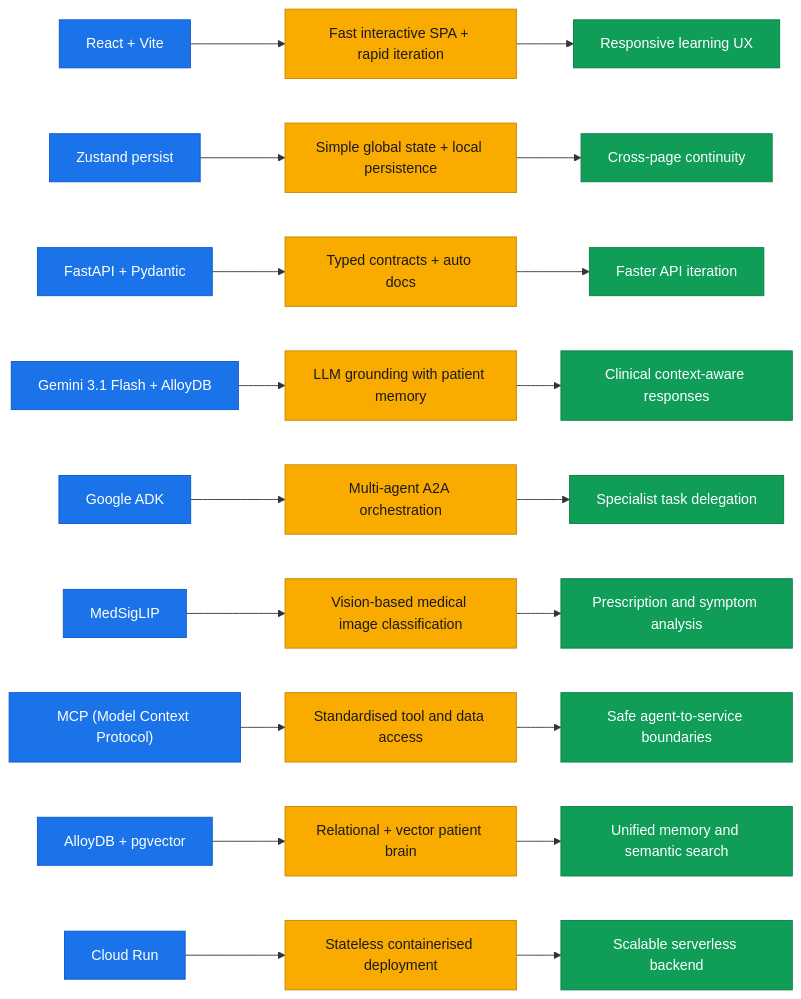
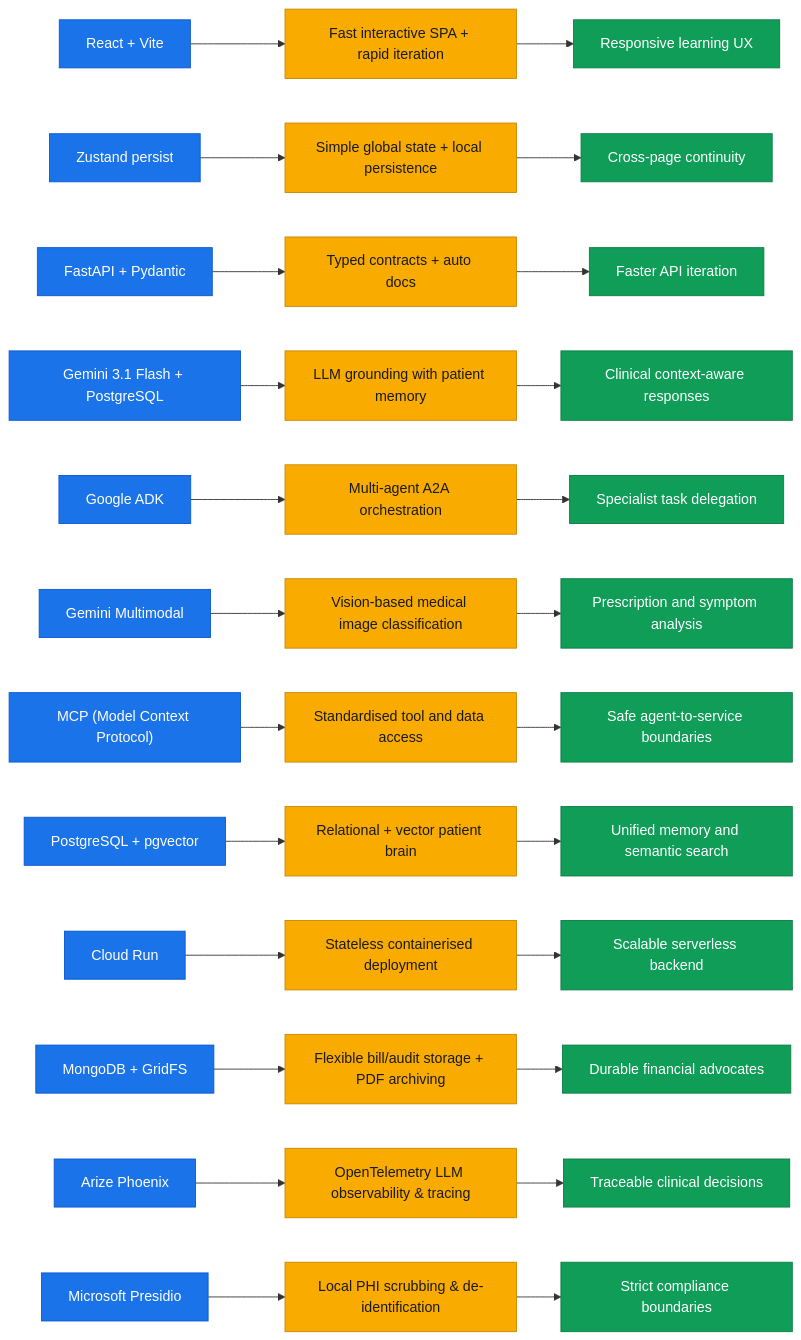
One commit to shreeshbhat04-ctrl/NEXUS-AI- changed the first of 5 diagrams in README.md. Above: the diagram before and after it, drawn with Mermaid. The commit also changed other lines of this file and 134 other files, not shown here.

````diff
--- a/README.md
+++ b/README.md
@@ -124,48 +132,60 @@
 ```mermaid
 graph LR
 
 %% Row 1
 A1["React + Vite"] --> B1["Fast interactive SPA + rapid iteration"]
 B1 --> C1["Responsive learning UX"]
 
 %% Row 2
 A2["Zustand persist"] --> B2["Simple global state + local persistence"]
 B2 --> C2["Cross-page continuity"]
 
 %% Row 3
 A3["FastAPI + Pydantic"] --> B3["Typed contracts + auto docs"]
 B3 --> C3["Faster API iteration"]
 
 %% Row 4
-A4["Gemini 3.1 Flash + AlloyDB"] --> B4["LLM grounding with patient memory"]
+A4["Gemini 3.1 Flash + PostgreSQL"] --> B4["LLM grounding with patient memory"]
 B4 --> C4["Clinical context-aware responses"]
 
 %% Row 5
 A5["Google ADK"] --> B5["Multi-agent A2A orchestration"]
 B5 --> C5["Specialist task delegation"]
 
 %% Row 6
-A6["MedSigLIP"] --> B6["Vision-based medical image classification"]
+A6["Gemini Multimodal"] --> B6["Vision-based medical image classification"]
 B6 --> C6["Prescription and symptom analysis"]
 
 %% Row 7
 A7["MCP (Model Context Protocol)"] --> B7["Standardised tool and data access"]
 B7 --> C7["Safe agent-to-service boundaries"]
 
 %% Row 8
-A8["AlloyDB + pgvector"] --> B8["Relational + vector patient brain"]
+A8["PostgreSQL + pgvector"] --> B8["Relational + vector patient brain"]
 B8 --> C8["Unified memory and semantic search"]
 
 %% Row 9
 A9["Cloud Run"] --> B9["Stateless containerised deployment"]
 B9 --> C9["Scalable serverless backend"]
 
+%% Row 10
+A10["MongoDB + GridFS"] --> B10["Flexible bill/audit storage + PDF archiving"]
+B10 --> C10["Durable financial advocates"]
+
+%% Row 11
+A11["Arize Phoenix"] --> B11["OpenTelemetry LLM observability & tracing"]
+B11 --> C11["Traceable clinical decisions"]
+
+%% Row 12
+A12["Microsoft Presidio"] --> B12["Local PHI scrubbing & de-identification"]
+B12 --> C12["Strict compliance boundaries"]
+
 %% Styling
 classDef tech fill:#1a73e8,color:#fff,stroke:#0b57d0;
 classDef capability fill:#f9ab00,color:#1a1a1a,stroke:#c88700;
 classDef outcome fill:#0f9d58,color:#fff,stroke:#0b7d43;
 
-class A1,A2,A3,A4,A5,A6,A7,A8,A9 tech;
-class B1,B2,B3,B4,B5,B6,B7,B8,B9 capability;
-class C1,C2,C3,C4,C5,C6,C7,C8,C9 outcome;
+class A1,A2,A3,A4,A5,A6,A7,A8,A9,A10,A11,A12 tech;
+class B1,B2,B3,B4,B5,B6,B7,B8,B9,B10,B11,B12 capability;
+class C1,C2,C3,C4,C5,C6,C7,C8,C9,C10,C11,C12 outcome;
 ```
````
